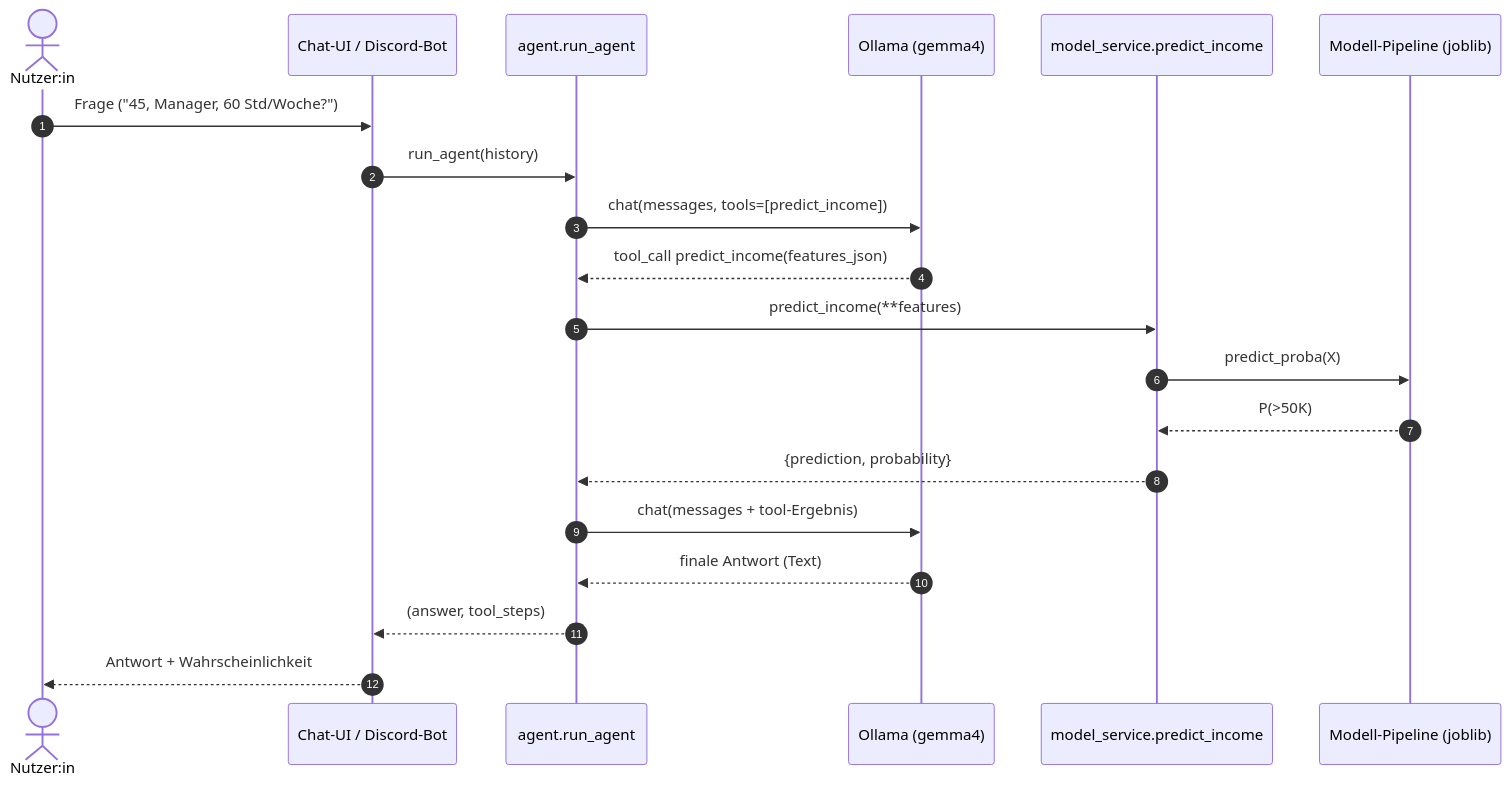
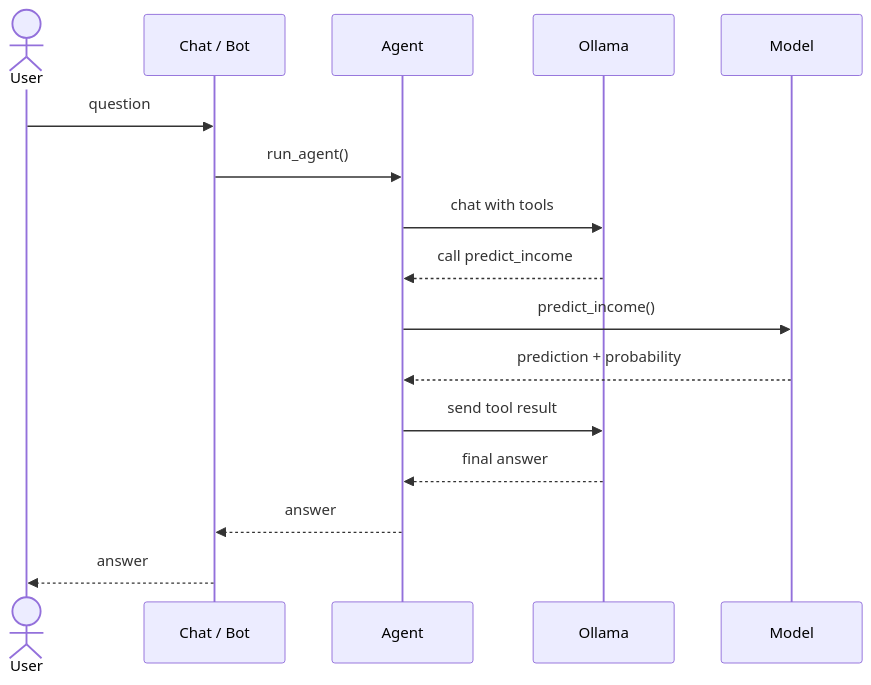
One commit to b3rtram/uas_ml changed the diagram in lecture09_deployment/diagrams/sequence_chat.mmd. Above: the diagram before and after it, drawn with Mermaid. The commit also changed 5 other files, not shown here.

First line of the commit message:
docs(lecture09): simplify diagrams, add PlantUML + UML component; add VS Code launch config

```diff
--- a/lecture09_deployment/diagrams/sequence_chat.mmd
+++ b/lecture09_deployment/diagrams/sequence_chat.mmd
@@ -1,23 +1,17 @@
 sequenceDiagram
-    autonumber
-    actor U as Nutzer:in
-    participant UI as Chat-UI / Discord-Bot
-    participant AG as agent.run_agent
-    participant OL as Ollama (gemma4)
-    participant MS as model_service.predict_income
-    participant M as Modell-Pipeline (joblib)
+    actor User
+    participant UI as Chat / Bot
+    participant Agent
+    participant Ollama
+    participant Model
 
-    U->>UI: Frage ("45, Manager, 60 Std/Woche?")
-    UI->>AG: run_agent(history)
-    AG->>OL: chat(messages, tools=[predict_income])
-    OL-->>AG: tool_call predict_income(features_json)
-
-    AG->>MS: predict_income(**features)
-    MS->>M: predict_proba(X)
-    M-->>MS: P(>50K)
-    MS-->>AG: {prediction, probability}
-
-    AG->>OL: chat(messages + tool-Ergebnis)
-    OL-->>AG: finale Antwort (Text)
-    AG-->>UI: (answer, tool_steps)
-    UI-->>U: Antwort + Wahrscheinlichkeit
+    User->>UI: question
+    UI->>Agent: run_agent()
+    Agent->>Ollama: chat with tools
+    Ollama-->>Agent: call predict_income
+    Agent->>Model: predict_income()
+    Model-->>Agent: prediction + probability
+    Agent->>Ollama: send tool result
+    Ollama-->>Agent: final answer
+    Agent-->>UI: answer
+    UI-->>User: answer
```
